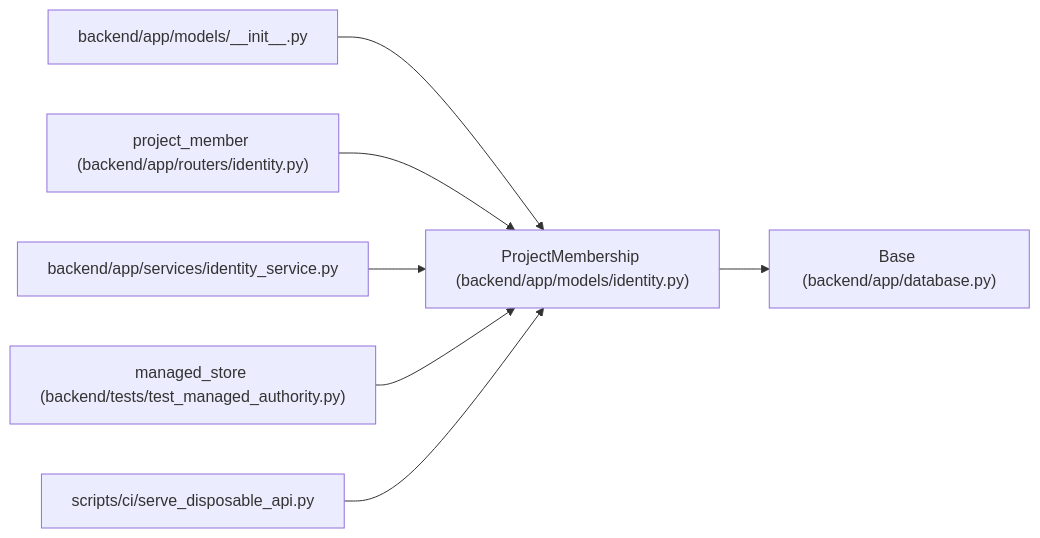
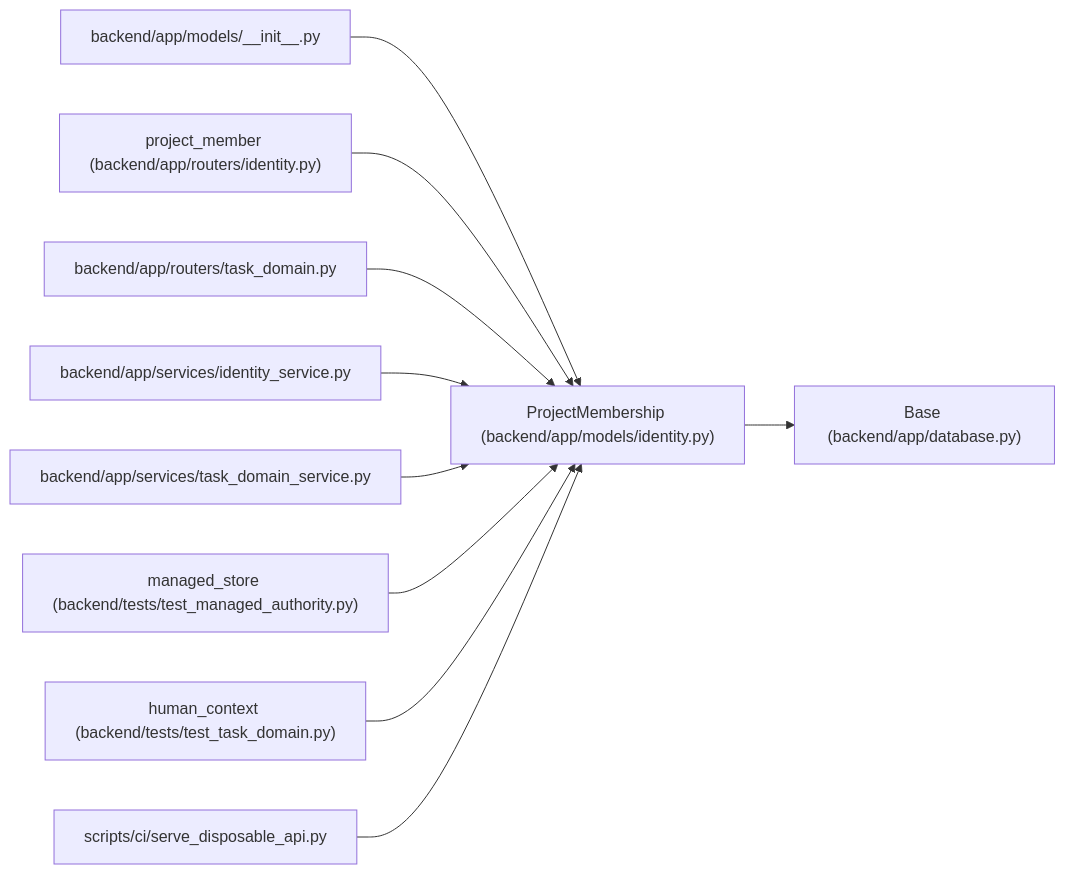
The diagram in docs/llm_wiki/entities/ProjectMembership.md (Denissvgn/WorkChord), drawn with Mermaid before and after one commit. The commit also changed other lines of this file and 1238 other files, not shown here.

First line of the commit message:
docs(wiki): publish compact canonical domain architecture

````diff
--- a/docs/llm_wiki/entities/ProjectMembership.md
+++ b/docs/llm_wiki/entities/ProjectMembership.md
@@ -28,23 +28,32 @@
 ```mermaid
 flowchart LR
     n0["ProjectMembership (backend/app/models/identity.py)"]
     n1["Base (backend/app/database.py)"]
     n2["backend/app/models/__init__.py"]
     n3["project_member (backend/app/routers/identity.py)"]
-    n4["backend/app/services/identity_service.py"]
-    n5["managed_store (backend/tests/test_managed_authority.py)"]
-    n6["scripts/ci/serve_disposable_api.py"]
+    n4["backend/app/routers/task_domain.py"]
+    n5["backend/app/services/identity_service.py"]
+    n6["backend/app/services/task_domain_service.py"]
+    n7["managed_store (backend/tests/test_managed_authority.py)"]
+    n8["human_context (backend/tests/test_task_domain.py)"]
+    n9["scripts/ci/serve_disposable_api.py"]
     n0 --> n1
     n2 --> n0
     n3 --> n0
     n4 --> n0
     n5 --> n0
     n6 --> n0
+    n7 --> n0
+    n8 --> n0
+    n9 --> n0
     click n0 "../modules/models_identity.md"
     click n1 "../modules/app_database.md"
     click n2 "../modules/models___init__.md"
     click n3 "../modules/routers_identity.md"
-    click n4 "../modules/identity_service.md"
-    click n5 "../modules/test_managed_authority.md"
-    click n6 "../modules/serve_disposable_api.md"
+    click n4 "../modules/routers_task_domain.md"
+    click n5 "../modules/identity_service.md"
+    click n6 "../modules/task_domain_service.md"
+    click n7 "../modules/test_managed_authority.md"
+    click n8 "../modules/test_task_domain.md"
+    click n9 "../modules/serve_disposable_api.md"
 ```
````
